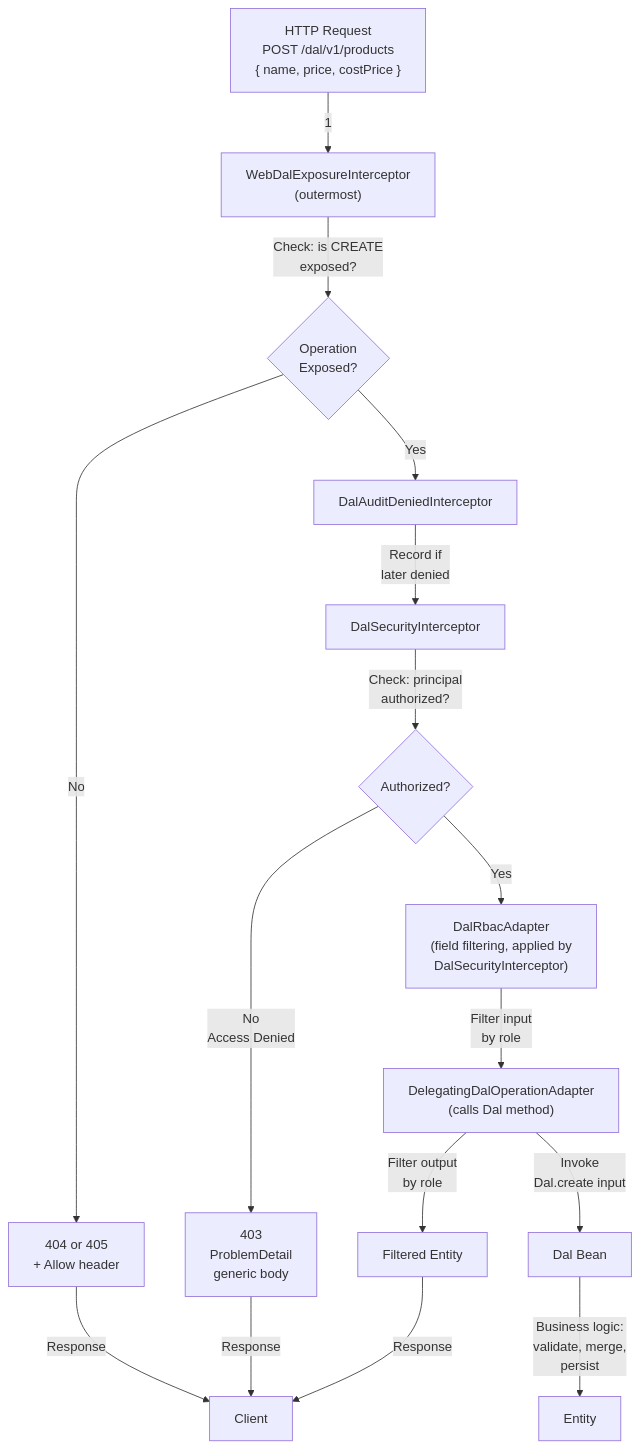
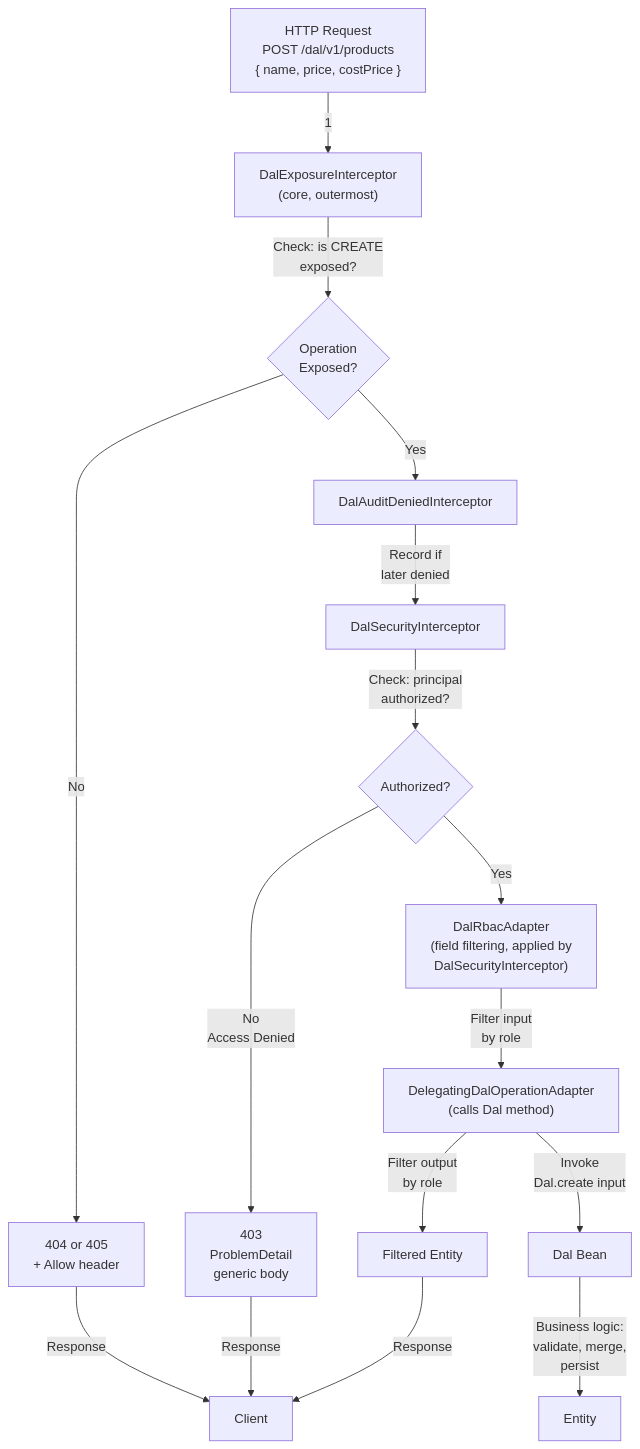
The fourth of 9 diagrams in docs/architecture.md (marcopag90/telaio), drawn with Mermaid before and after one commit. The commit also changed other lines of this file and 9 other files, not shown here.

First line of the commit message:
docs: channel vocabulary, @DalWeb exposure and the 3.0.0 breaking entries

````diff
--- a/docs/architecture.md
+++ b/docs/architecture.md
@@ -149,18 +153,18 @@
 ```mermaid
 graph TD
-    A["HTTP Request<br/>POST /dal/v1/products<br/>{ name, price, costPrice }"] -->|1| B["WebDalExposureInterceptor<br/>(outermost)"]
+    A["HTTP Request<br/>POST /dal/v1/products<br/>{ name, price, costPrice }"] -->|1| B["DalExposureInterceptor<br/>(core, outermost)"]
     B -->|Check: is CREATE<br/>exposed?| C{Operation<br/>Exposed?}
     C -->|No| D["404 or 405<br/>+ Allow header"]
     C -->|Yes| E["DalAuditDeniedInterceptor"]
     D -->|Response| Z["Client"]
     E -->|Record if<br/>later denied| F["DalSecurityInterceptor"]
     F -->|Check: principal<br/>authorized?| G{Authorized?}
     G -->|No<br/>Access Denied| H["403<br/>ProblemDetail<br/>generic body"]
     H -->|Response| Z
     G -->|Yes| I["DalRbacAdapter<br/>(field filtering, applied by<br/>DalSecurityInterceptor)"]
     I -->|Filter input<br/>by role| J["DelegatingDalOperationAdapter<br/>(calls Dal method)"]
     J -->|Invoke<br/>Dal.create input| K["Dal Bean"]
     K -->|Business logic:<br/>validate, merge,<br/>persist| L["Entity"]
     J -->|Filter output<br/>by role| M["Filtered Entity"]
     M -->|Response| Z
 ```
````
